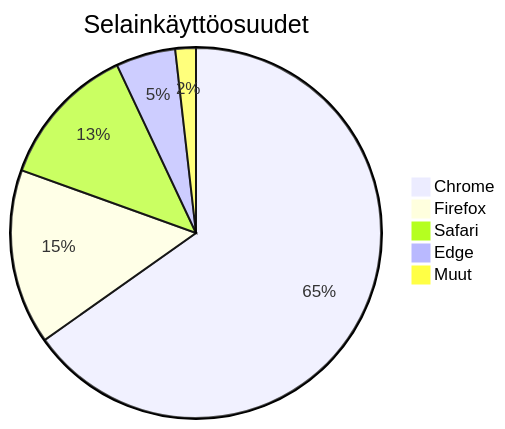
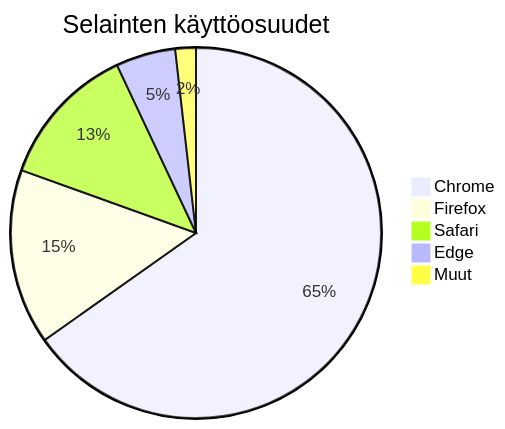
Before and after one commit to zccz14/CZON: the sixth of 7 diagrams in .czon/src/fi-FI/8938d6aac9c056c06137a041b8e82379bfb619bb6d435b9ecec515337dd0cd69.md, drawn with Mermaid. The commit also changed other lines of this file and 148 other files, not shown here.

````diff
--- a/.czon/src/fi-FI/8938d6aac9c056c06137a041b8e82379bfb619bb6d435b9ecec515337dd0cd69.md
+++ b/.czon/src/fi-FI/8938d6aac9c056c06137a041b8e82379bfb619bb6d435b9ecec515337dd0cd69.md
@@ -103,8 +102,8 @@
 ```mermaid
-pie title Selainkäyttöosuudet
+pie title Selainten käyttöosuudet
     "Chrome" : 65.2
     "Firefox" : 15.3
     "Safari" : 12.5
     "Edge" : 5.2
     "Muut" : 1.8
 ```
````
